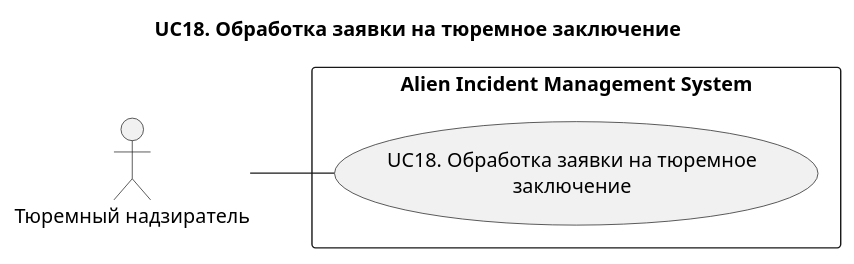
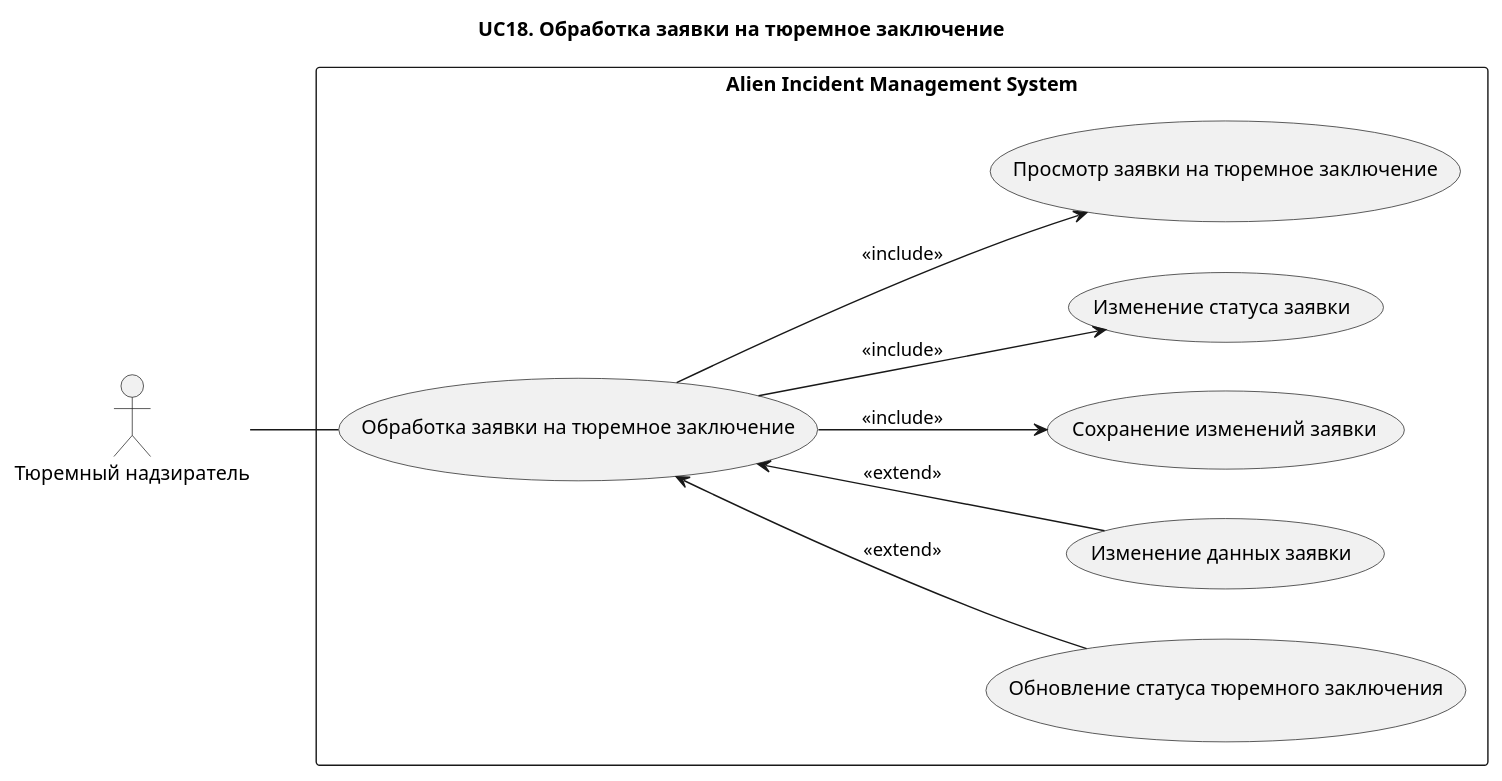
One commit to Andryss/AIMS changed the diagram in docs/use-case/UC18.md. Above: the diagram before and after it, drawn with PlantUML. The commit also changed other lines of this file and 23 other files, not shown here.

Commit message:
docs: refine use-case diagrams and centralize rendering commands

````diff
--- a/docs/use-case/UC18.md
+++ b/docs/use-case/UC18.md
@@ -3,15 +5,29 @@
 ```plantuml
 @startuml
 title UC18. Обработка заявки на тюремное заключение
 left to right direction
 
 actor "Тюремный надзиратель" as Guard
 
 rectangle "Alien Incident Management System" {
-  usecase "UC18. Обработка заявки на тюремное\nзаключение" as UC18
+
+(Обработка заявки на тюремное заключение) as UC11
+
+(Обновление статуса тюремного заключения) as UC116
+(Изменение данных заявки) as UC115
+(Сохранение изменений заявки) as UC114
+(Изменение статуса заявки) as UC113
+(Просмотр заявки на тюремное заключение) as UC111
+
 }
 
-Guard -- UC18
+Guard -- UC11
+
+UC11 --> UC111 : <<include>>
+UC11 --> UC113 : <<include>>
+UC11 --> UC114 : <<include>>
+UC11 <-- UC115 : <<extend>>
+UC11 <-- UC116 : <<extend>>
 
 @enduml
 ```
````
